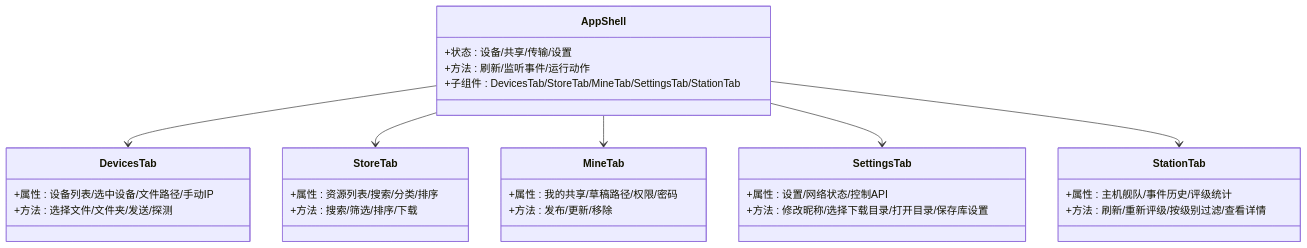
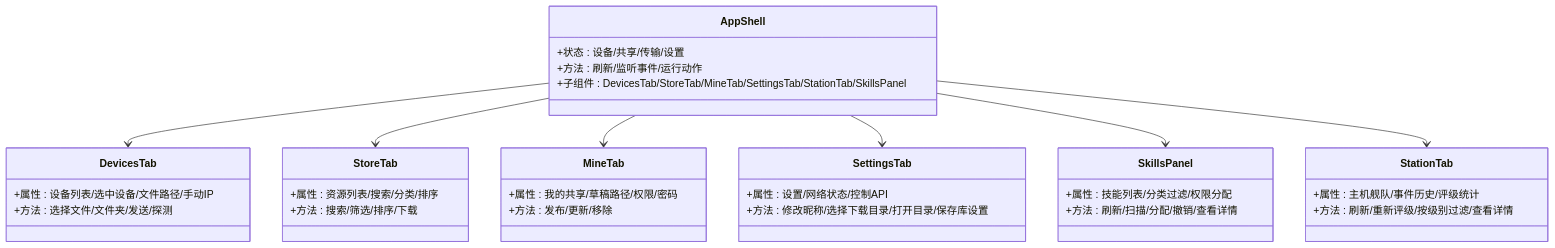
Before and after one commit to targalian/Personal-distributed-workstation: the third of 5 diagrams in .qoder/repowiki/zh/content/前端应用架构/前端应用架构.md, drawn with Mermaid. The commit also changed other lines of this file and 92 other files, not shown here.

````diff
--- a/.qoder/repowiki/zh/content/前端应用架构/前端应用架构.md
+++ b/.qoder/repowiki/zh/content/前端应用架构/前端应用架构.md
@@ -241,33 +256,38 @@
 ```mermaid
 classDiagram
 class AppShell {
 +状态 : 设备/共享/传输/设置
 +方法 : 刷新/监听事件/运行动作
-+子组件 : DevicesTab/StoreTab/MineTab/SettingsTab/StationTab
++子组件 : DevicesTab/StoreTab/MineTab/SettingsTab/StationTab/SkillsPanel
 }
 class DevicesTab {
 +属性 : 设备列表/选中设备/文件路径/手动IP
 +方法 : 选择文件/文件夹/发送/探测
 }
 class StoreTab {
 +属性 : 资源列表/搜索/分类/排序
 +方法 : 搜索/筛选/排序/下载
 }
 class MineTab {
 +属性 : 我的共享/草稿路径/权限/密码
 +方法 : 发布/更新/移除
 }
 class SettingsTab {
 +属性 : 设置/网络状态/控制API
 +方法 : 修改昵称/选择下载目录/打开目录/保存库设置
 }
+class SkillsPanel {
++属性 : 技能列表/分类过滤/权限分配
++方法 : 刷新/扫描/分配/撤销/查看详情
+}
 class StationTab {
 +属性 : 主机舰队/事件历史/评级统计
 +方法 : 刷新/重新评级/按级别过滤/查看详情
 }
 AppShell --> DevicesTab
 AppShell --> StoreTab
 AppShell --> MineTab
 AppShell --> SettingsTab
+AppShell --> SkillsPanel
 AppShell --> StationTab
 ```
````
